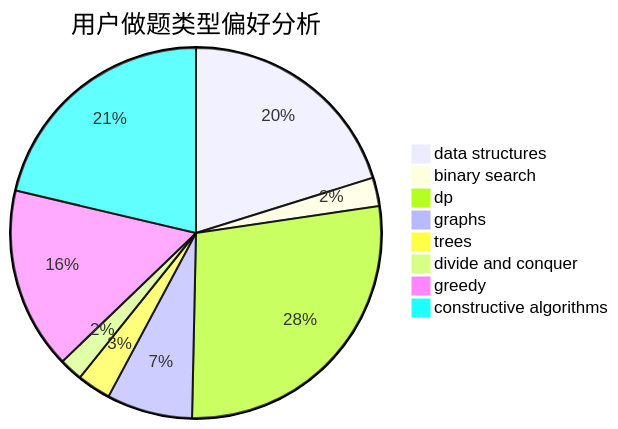
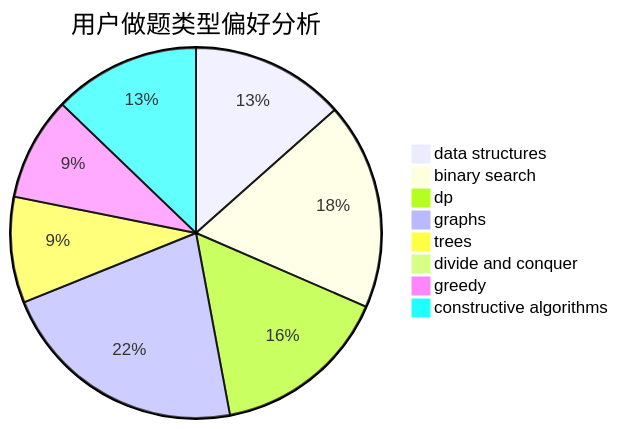
The second of 3 diagrams in docs/user/u801.md (sherpahu/cfrs.github.io), drawn with Mermaid before and after one commit. The commit also changed other lines of this file and 2770 other files, not shown here.

````diff
--- a/docs/user/u801.md
+++ b/docs/user/u801.md
@@ -23,11 +23,11 @@
 ```mermaid
 pie title 用户做题类型偏好分析
-    "data structures" :  89
-    "binary search" :  11
-    "dp" :  122
-    "graphs" :  33
-    "trees" :  13
-    "divide and conquer" :  9
-    "greedy" :  70
-    "constructive algorithms" :  94
+    "data structures" :  64
+    "binary search" :  86
+    "dp" :  74
+    "graphs" :  104
+    "trees" :  44
+    "divide and conquer" :  1
+    "greedy" :  43
+    "constructive algorithms" :  61
 ```
````
